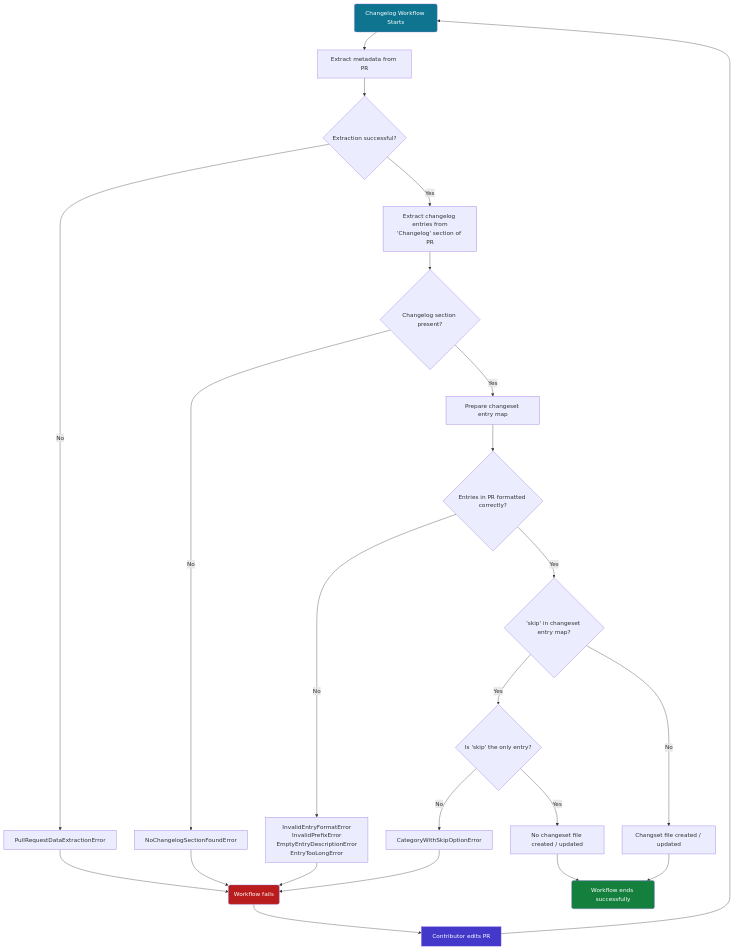
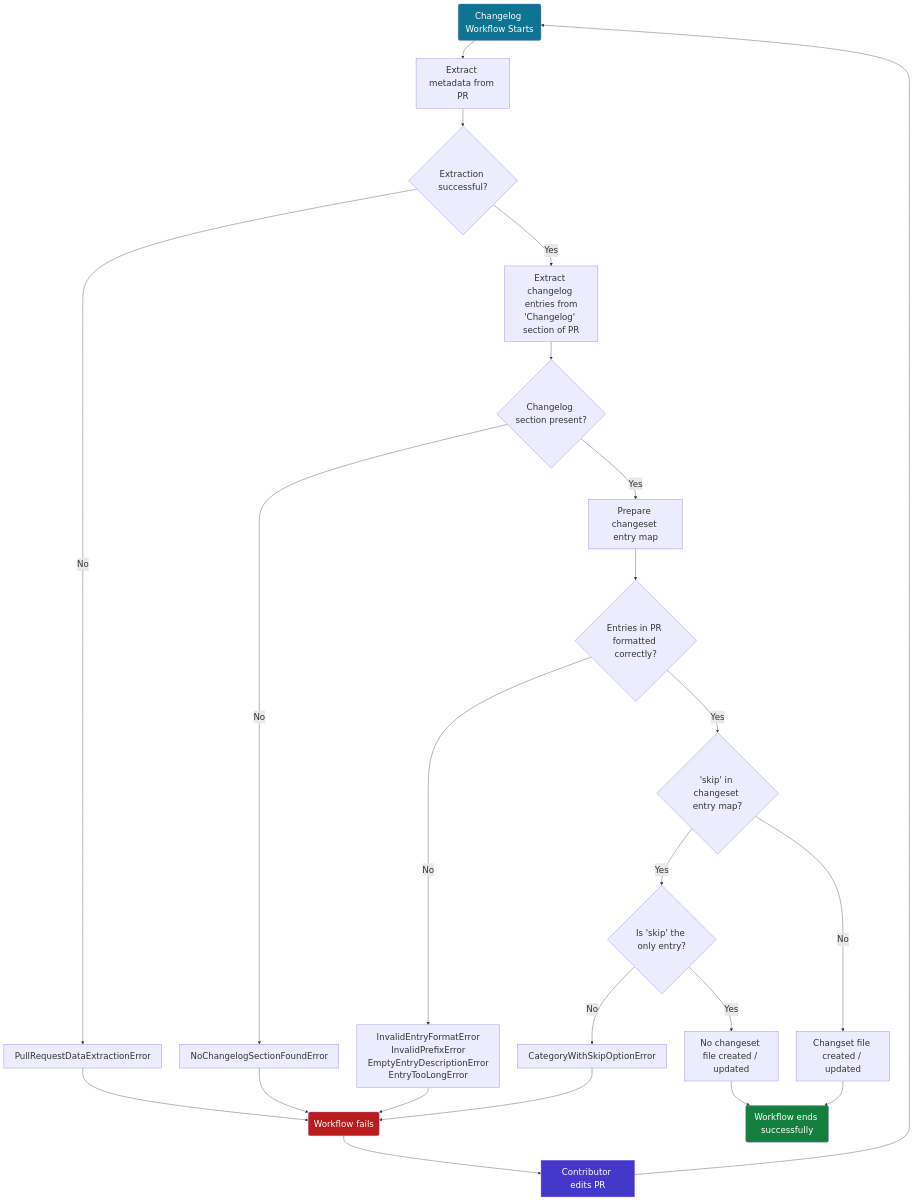
One commit to ashwin-pc/OpenSearch_Changelog_Workflow changed the diagram in README.md. Above: the diagram before and after it, drawn with Mermaid.

Commit message:
update in mermeid flowchart

````diff
--- a/README.md
+++ b/README.md
@@ -114,30 +114,31 @@
 ```mermaid
+%%{init: {'themeVariables': { 'fontSize': '24px' }}}%%
   flowchart TD;
     A(Changelog Workflow Starts) --> B[Extract metadata from PR]
     B --> C{Extraction successful?}
     C --> |Yes| G[Extract changelog entries from\n'Changelog' section of PR]
     C --> |No| D[PullRequestDataExtractionError]
     D --> E(Workflow fails)
     E --> F[Contributor edits PR]
     F --> A
     G --> H{Changelog section present?}
     H --> |Yes| J[Prepare changeset entry map]
     J --> J1{Entries in PR formatted correctly?}
     H --> |No| I[NoChangelogSectionFoundError]
     I --> E
     J1 --> |Yes| K{'skip' in changeset entry map?}
     J1 --> |No| L[InvalidEntryFormatError\nInvalidPrefixError\nEmptyEntryDescriptionError\nEntryTooLongError]
     L --> E
     K --> |Yes| M{Is 'skip' the only entry?}
     K --> |No| N[Changset file created / updated]
     M --> |Yes| O[No changeset file created / updated]
     M --> |No| Q[CategoryWithSkipOptionError]
     Q --> E
     O --> P
     N --> P(Workflow ends successfully)
 
     style A fill:#0e7490,color:white
     style E fill:#b91c1c,color:white
     style F fill:#4338ca,color:white
     style P fill:#15803d,color:white
 ```
````
